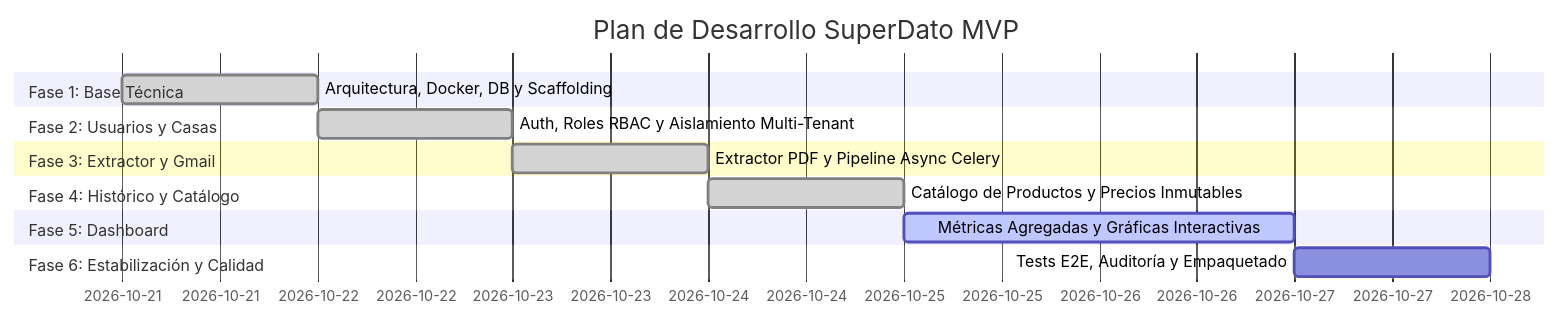
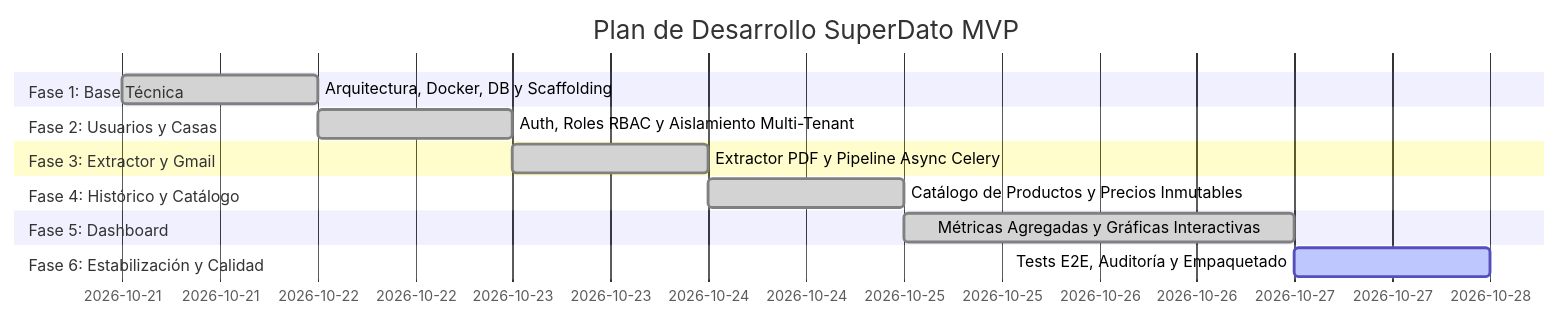
Before and after one commit to martin05mlg/SuperDato: the diagram in docs/05_PLAN_DE_ENTREGAS_Y_PROGRESO.md, drawn with Mermaid. The commit also changed other lines of this file and 10 other files, not shown here.

````diff
--- a/docs/05_PLAN_DE_ENTREGAS_Y_PROGRESO.md
+++ b/docs/05_PLAN_DE_ENTREGAS_Y_PROGRESO.md
@@ -7,17 +7,17 @@
 ```mermaid
 gantt
     title Plan de Desarrollo SuperDato MVP
     dateFormat  YYYY-MM-DD
     section Fase 1: Base Técnica
     Arquitectura, Docker, DB y Scaffolding     :done,    p1, 2026-10-21, 1d
     section Fase 2: Usuarios y Casas
     Auth, Roles RBAC y Aislamiento Multi-Tenant:done,    p2, after p1, 1d
     section Fase 3: Extractor y Gmail
     Extractor PDF y Pipeline Async Celery      :done,    p3, after p2, 1d
     section Fase 4: Histórico y Catálogo
     Catálogo de Productos y Precios Inmutables :done,    p4, after p3, 1d
     section Fase 5: Dashboard
-    Métricas Agregadas y Gráficas Interactivas :active,  p5, after p4, 2d
+    Métricas Agregadas y Gráficas Interactivas :done,    p5, after p4, 2d
     section Fase 6: Estabilización y Calidad
-    Tests E2E, Auditoría y Empaquetado         :         p6, after p5, 1d
+    Tests E2E, Auditoría y Empaquetado         :active,  p6, after p5, 1d
 ```
````
